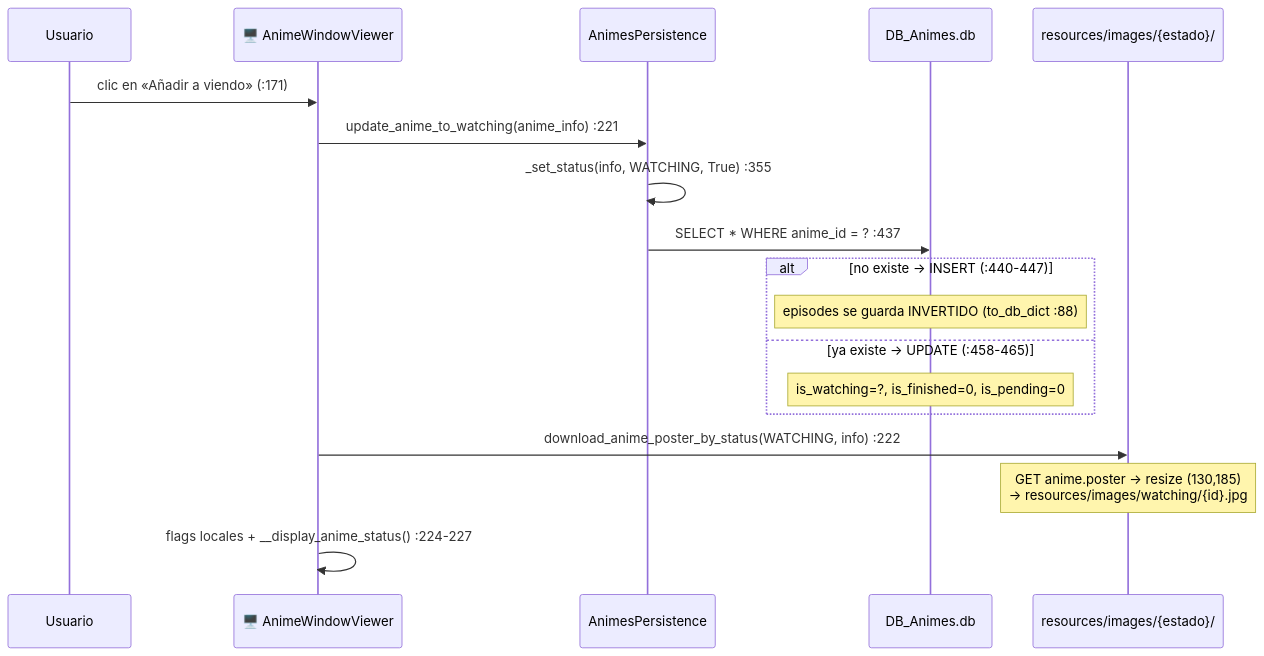
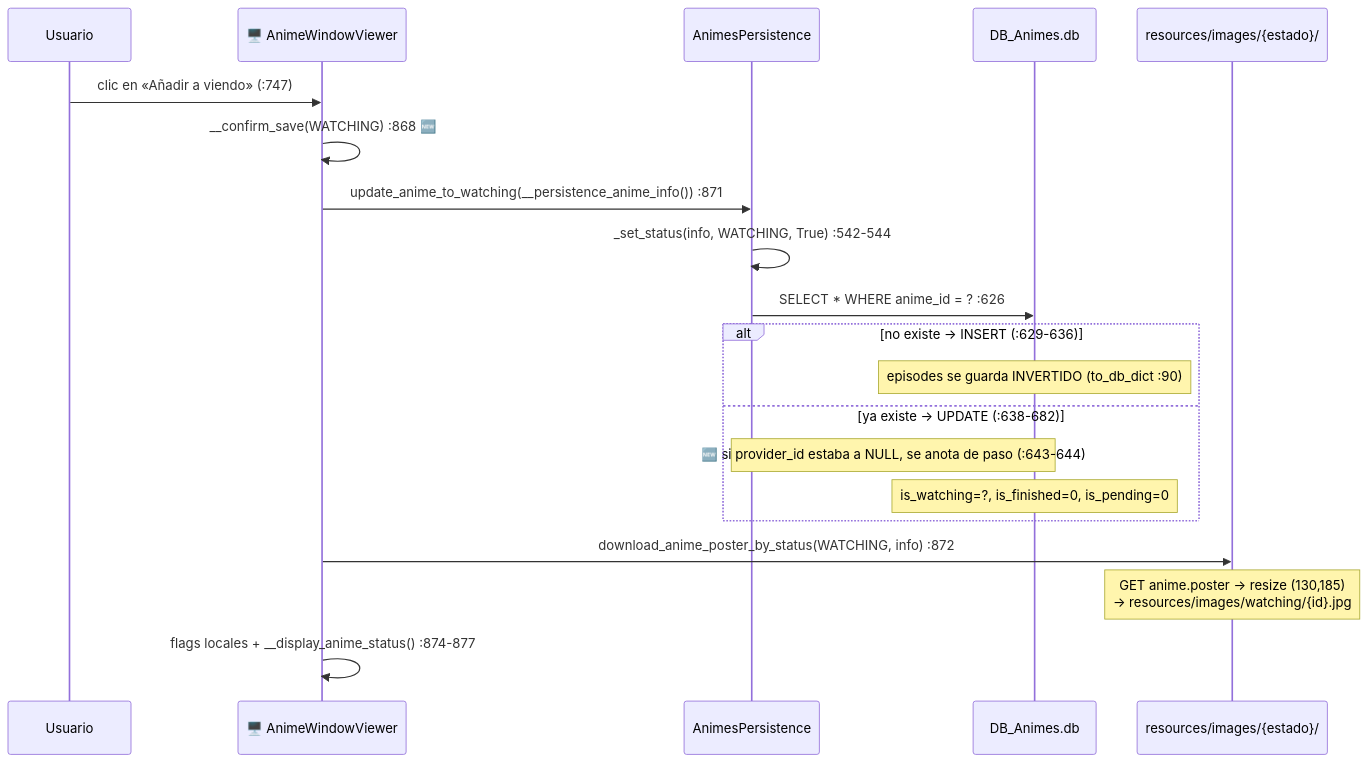
The seventh of 12 diagrams in .claude/docs/03-flujos-de-ejecucion.md (DavidEscri/BibliotecaAnime), drawn with Mermaid before and after one commit. The commit also changed other lines of this file and 15 other files, not shown here.

````diff
--- a/.claude/docs/03-flujos-de-ejecucion.md
+++ b/.claude/docs/03-flujos-de-ejecucion.md
@@ -247,21 +315,23 @@
 ```mermaid
 sequenceDiagram
     participant U as Usuario
     participant AW as 🖥️ AnimeWindowViewer
     participant P as AnimesPersistence
     participant DB as DB_Animes.db
     participant FS as resources/images/{estado}/
 
-    U->>AW: clic en «Añadir a viendo» (:171)
-    AW->>P: update_anime_to_watching(anime_info) :221
-    P->>P: _set_status(info, WATCHING, True) :355
-    P->>DB: SELECT * WHERE anime_id = ? :437
-    alt no existe → INSERT (:440-447)
-        Note over DB: episodes se guarda INVERTIDO (to_db_dict :88)
-    else ya existe → UPDATE (:458-465)
+    U->>AW: clic en «Añadir a viendo» (:747)
+    AW->>AW: __confirm_save(WATCHING) :868  🆕
+    AW->>P: update_anime_to_watching(__persistence_anime_info()) :871
+    P->>P: _set_status(info, WATCHING, True) :542-544
+    P->>DB: SELECT * WHERE anime_id = ? :626
+    alt no existe → INSERT (:629-636)
+        Note over DB: episodes se guarda INVERTIDO (to_db_dict :90)
+    else ya existe → UPDATE (:638-682)
+        Note over P,DB: 🆕 si provider_id estaba a NULL, se anota de paso (:643-644)
         Note over DB: is_watching=?, is_finished=0, is_pending=0
     end
-    AW->>FS: download_anime_poster_by_status(WATCHING, info) :222
+    AW->>FS: download_anime_poster_by_status(WATCHING, info) :872
     Note over FS: GET anime.poster → resize (130,185)<br/>→ resources/images/watching/{id}.jpg
-    AW->>AW: flags locales + __display_anime_status() :224-227
+    AW->>AW: flags locales + __display_anime_status() :874-877
 ```
````
